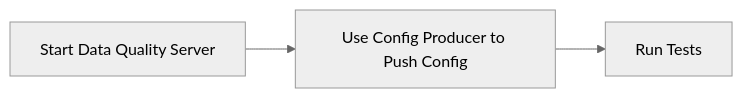
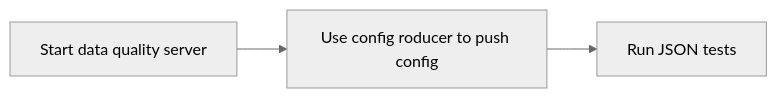
One commit to digitaldanieldev/data-quality-check changed the diagram in README.md. Above: the diagram before and after it, drawn with Mermaid (neutral theme). The commit also changed other lines of this file and 11 other files, not shown here.

````diff
--- a/README.md
+++ b/README.md
@@ -9,5 +9,5 @@
 ```mermaid
 graph LR
-    A[Start Data Quality Server] --> B[Use Config Producer to Push Config]
-    B --> C[Run Tests]
+    A[Start data quality server] --> B[Use config roducer to push config]
+    B --> C[Run JSON tests]
 ```
````
